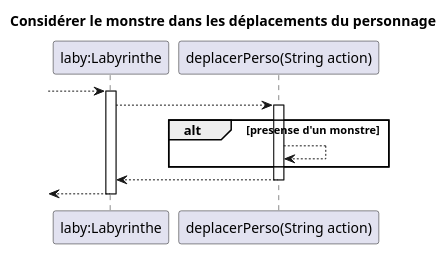
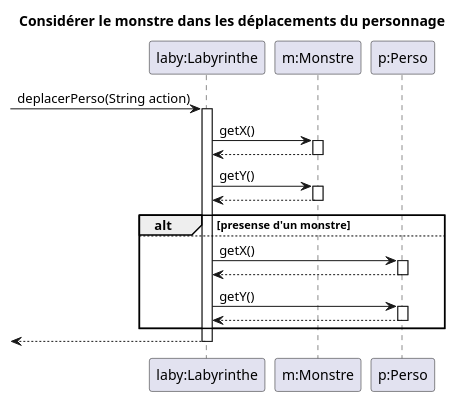
One commit to Jean-BaptisteEvan/2022_Zeldiablo_jeandidi3u_hary16u_jeanbap14u_dirand13u changed the diagram in zeldiablo/documents/version_2/diag_seq_consid_dep_perso.puml. Above: the diagram before and after it, drawn with PlantUML.

Commit message:
correction DiagSeq cond deplacement perso

```diff
--- a/zeldiablo/documents/version_2/diag_seq_consid_dep_perso.puml
+++ b/zeldiablo/documents/version_2/diag_seq_consid_dep_perso.puml
@@ -1,19 +1,32 @@
 @startuml
 
 title Considérer le monstre dans les déplacements du personnage
 participant "laby:Labyrinthe" as laby
-participant "deplacerPerso(String action)" as deplacerPerso
---> laby
+participant "m:Monstre" as m
+participant "p:Perso" as p
+-> laby :deplacerPerso(String action)
 activate laby
-  laby --> deplacerPerso
-    activate deplacerPerso
+        laby -> m : getX()
+        activate m
+        laby <-- m
+        deactivate m
+        laby -> m : getY()
+        activate m
+        laby <-- m
+        deactivate m
       alt presense d'un monstre
-        deplacerPerso --> deplacerPerso
+      else
+        laby -> p : getX()
+                activate p
+                laby <-- p
+                deactivate p
+                laby -> p : getY()
+                activate p
+                laby <-- p
+                deactivate p
       end
-      laby <-- deplacerPerso
-    deactivate deplacerPerso
-  <-- laby  
+ <-- laby
 deactivate laby
 
 
 @enduml
```
